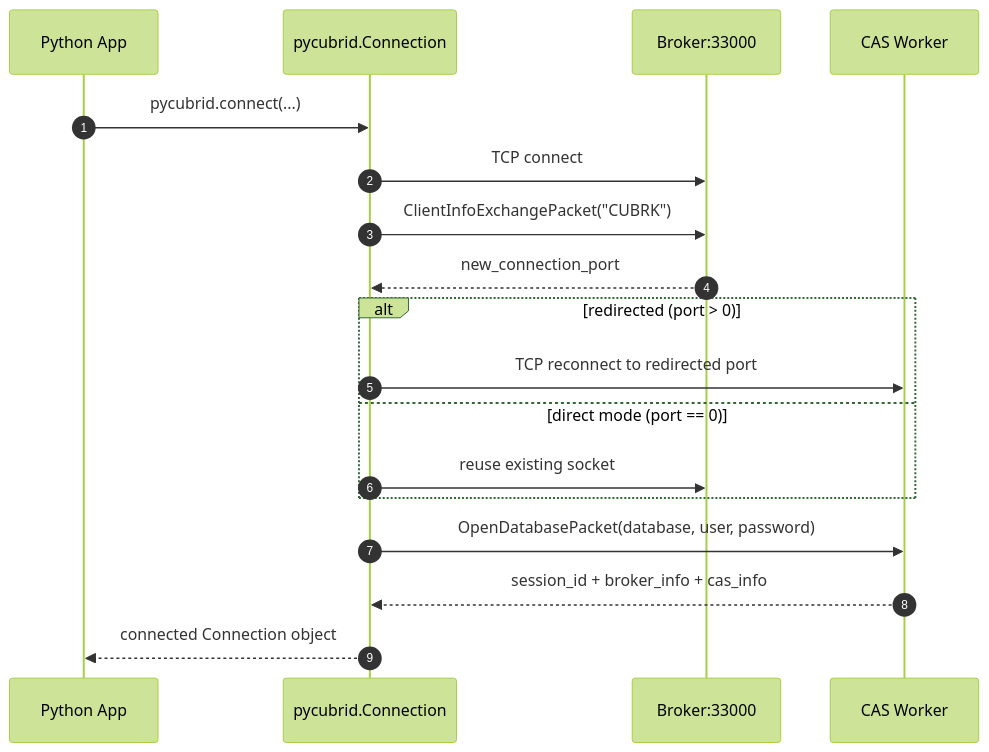
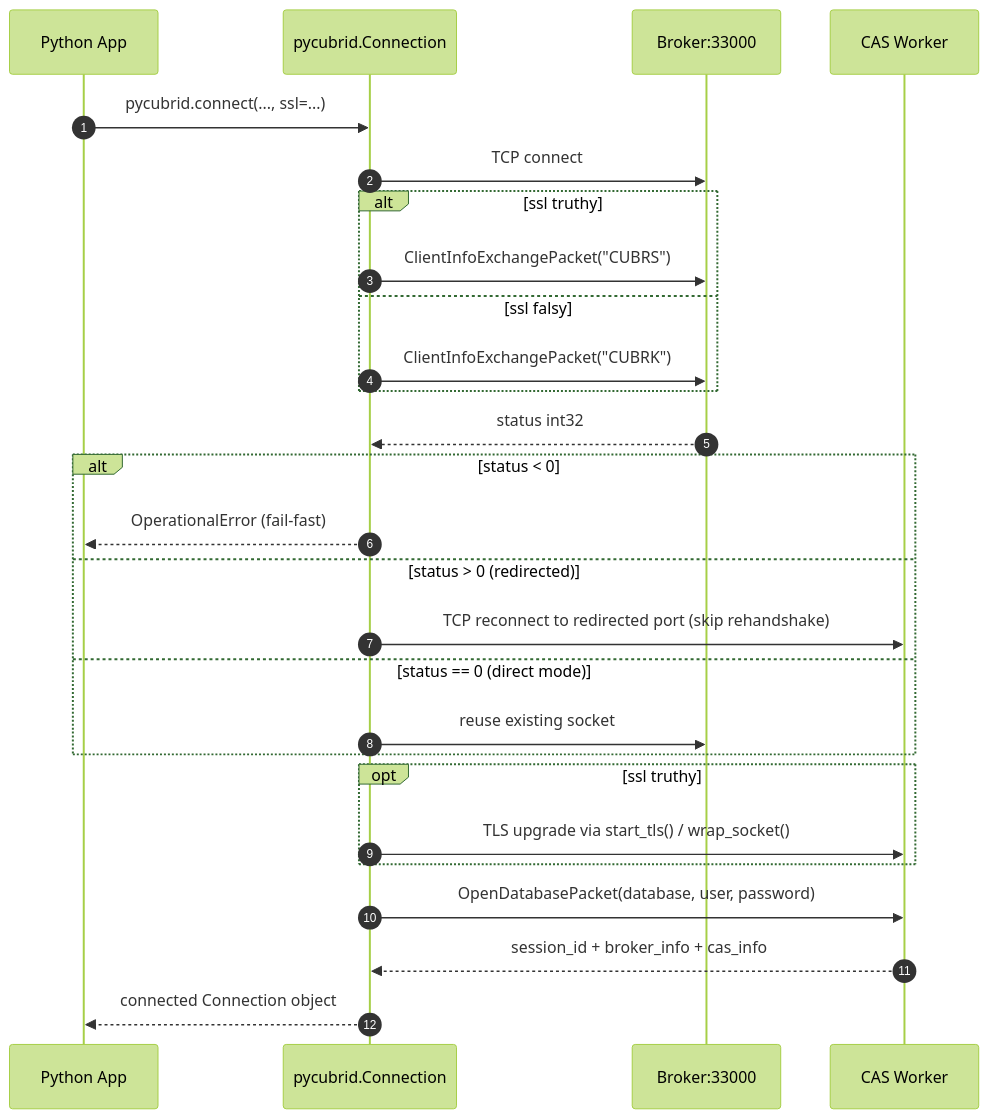
Before and after one commit to cubrid-lab/pycubrid: the second of 2 diagrams in docs/CONNECTION.md, drawn with Mermaid (forest theme). The commit also changed other lines of this file and 8 other files, not shown here.

````diff
--- a/docs/CONNECTION.md
+++ b/docs/CONNECTION.md
@@ -369,21 +389,30 @@
 ```mermaid
 sequenceDiagram
   autonumber
   participant App as Python App
   participant Driver as pycubrid.Connection
   participant Broker as Broker:33000
   participant CAS as CAS Worker
 
-  App->>Driver: pycubrid.connect(...)
+  App->>Driver: pycubrid.connect(..., ssl=...)
   Driver->>Broker: TCP connect
-  Driver->>Broker: ClientInfoExchangePacket("CUBRK")
-  Broker-->>Driver: new_connection_port
-  alt redirected (port > 0)
-    Driver->>CAS: TCP reconnect to redirected port
-  else direct mode (port == 0)
+  alt ssl truthy
+    Driver->>Broker: ClientInfoExchangePacket("CUBRS")
+  else ssl falsy
+    Driver->>Broker: ClientInfoExchangePacket("CUBRK")
+  end
+  Broker-->>Driver: status int32
+  alt status < 0
+    Driver-->>App: OperationalError (fail-fast)
+  else status > 0 (redirected)
+    Driver->>CAS: TCP reconnect to redirected port (skip rehandshake)
+  else status == 0 (direct mode)
     Driver->>Broker: reuse existing socket
+  end
+  opt ssl truthy
+    Driver->>CAS: TLS upgrade via start_tls() / wrap_socket()
   end
   Driver->>CAS: OpenDatabasePacket(database, user, password)
   CAS-->>Driver: session_id + broker_info + cas_info
   Driver-->>App: connected Connection object
 ```
````
